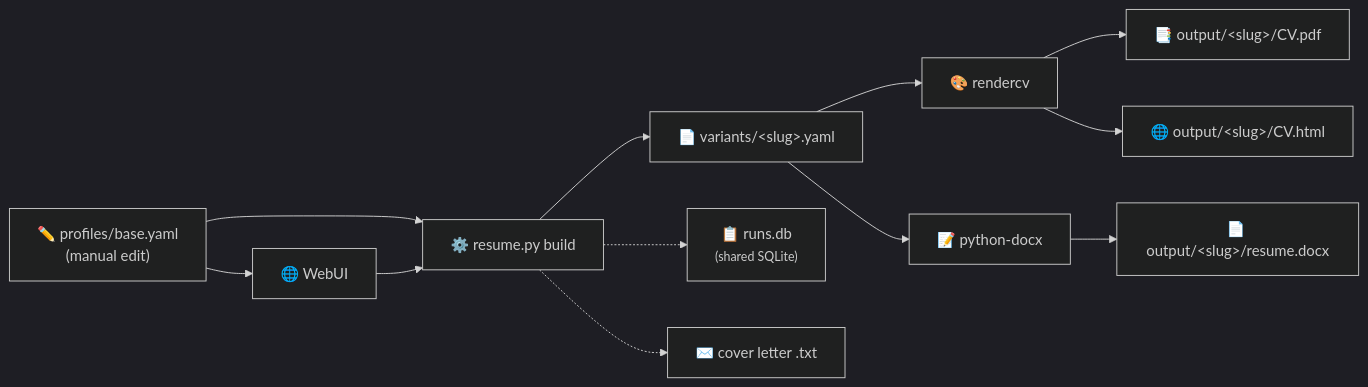
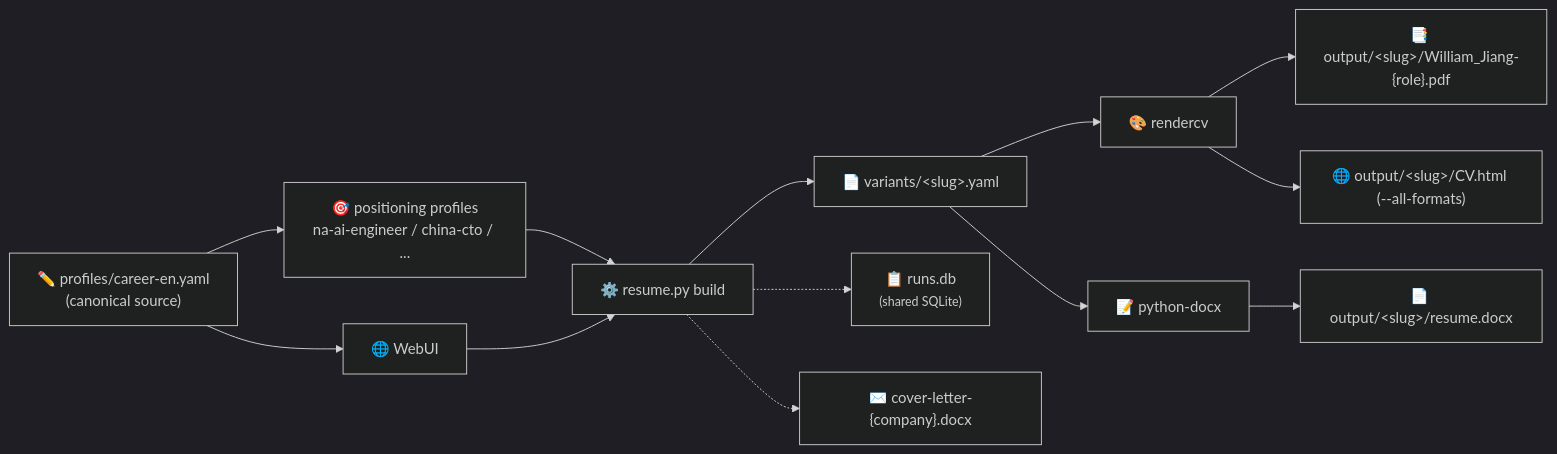
One commit to jxjwilliam/resume-generator changed the first of 2 diagrams in README.md. Above: the diagram before and after it, drawn with Mermaid (dark theme). The commit also changed other lines of this file and 35 other files, not shown here.

Commit message:
Implement resume system (3-layer + quality pipeline); sync docs; fix zh-CN PDF render,   cover-letter fallback, and output slug

````diff
--- a/README.md
+++ b/README.md
@@ -65,14 +70,15 @@
 ```mermaid
 flowchart LR
-    A["✏️ profiles/base.yaml<br/>(manual edit)"] --> B["⚙️ resume.py build"]
+    A["✏️ profiles/career-en.yaml<br/>(canonical source)"] --> P["🎯 positioning profiles<br/>na-ai-engineer / china-cto / ..."]
+    P --> B["⚙️ resume.py build"]
     A --> U["🌐 WebUI"]
     U --> B
     B --> C["📄 variants/&lt;slug&gt;.yaml"]
     C --> D["🎨 rendercv"]
     C --> W["📝 python-docx"]
-    D --> E["📑 output/&lt;slug&gt;/CV.pdf"]
-    D --> F["🌐 output/&lt;slug&gt;/CV.html"]
+    D --> E["📑 output/&lt;slug&gt;/William_Jiang-{role}.pdf"]
+    D --> F["🌐 output/&lt;slug&gt;/CV.html (--all-formats)"]
     W --> X["📄 output/&lt;slug&gt;/resume.docx"]
     B -.-> H["📋 runs.db<br/><small>(shared SQLite)</small>"]
-    B -.-> L["✉️ cover letter .txt"]
+    B -.-> L["✉️ cover-letter-{company}.docx"]
 ```
````
